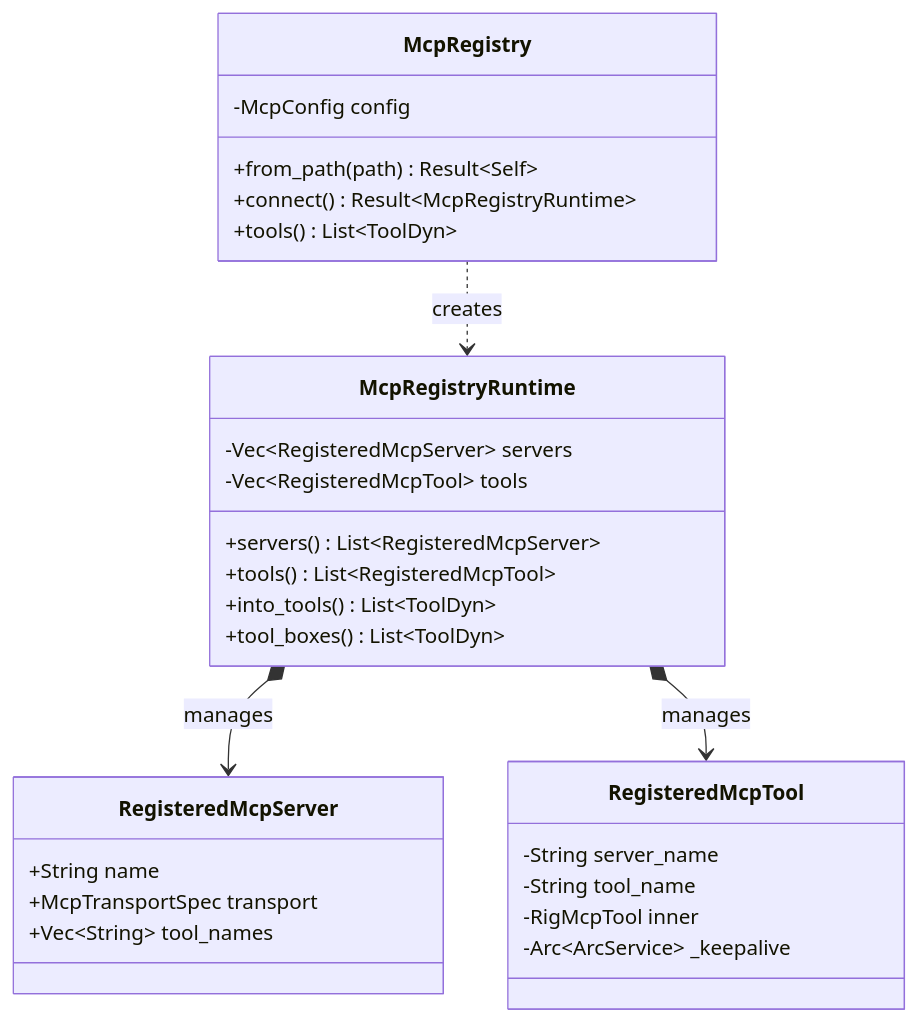
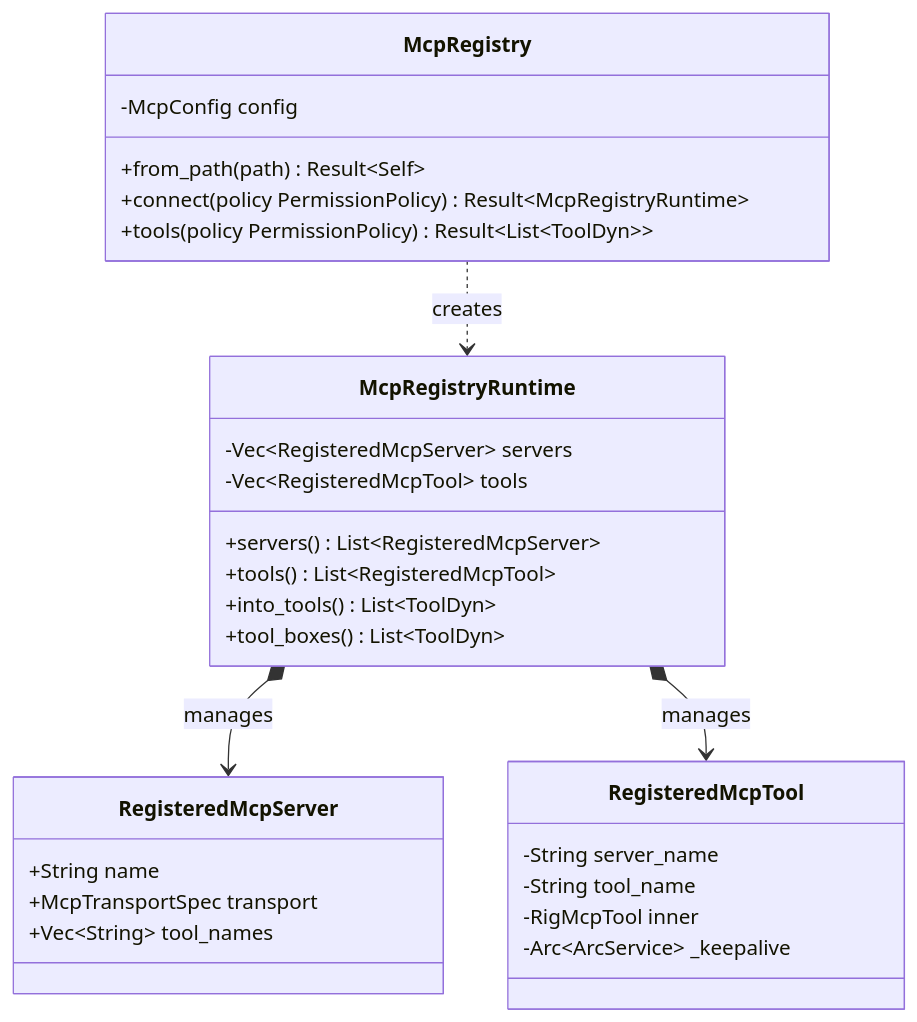
The second of 4 diagrams in docs/diagrams/class-diagram.md (skaarfundgandr/agent_rs), drawn with Mermaid before and after one commit. The commit also changed other lines of this file and 4 other files, not shown here.

Commit message:
docs(diagrams): align diagrams with current architecture

````diff
--- a/docs/diagrams/class-diagram.md
+++ b/docs/diagrams/class-diagram.md
@@ -78,36 +80,36 @@
 ```mermaid
 classDiagram
     direction TB
     class McpRegistry {
         -McpConfig config
         +from_path(path) Result~Self~
-        +connect() Result~McpRegistryRuntime~
-        +tools() List~ToolDyn~
+        +connect(policy PermissionPolicy) Result~McpRegistryRuntime~
+        +tools(policy PermissionPolicy) Result~List~ToolDyn~~
     }
 
     class McpRegistryRuntime {
         -Vec~RegisteredMcpServer~ servers
         -Vec~RegisteredMcpTool~ tools
         +servers() List~RegisteredMcpServer~
         +tools() List~RegisteredMcpTool~
         +into_tools() List~ToolDyn~
         +tool_boxes() List~ToolDyn~
     }
 
     class RegisteredMcpServer {
         +String name
         +McpTransportSpec transport
         +Vec~String~ tool_names
     }
 
     class RegisteredMcpTool {
         -String server_name
         -String tool_name
         -RigMcpTool inner
         -Arc~ArcService~ _keepalive
     }
 
     McpRegistry ..> McpRegistryRuntime : creates
     McpRegistryRuntime *--> RegisteredMcpServer : manages
     McpRegistryRuntime *--> RegisteredMcpTool : manages
 ```
````
